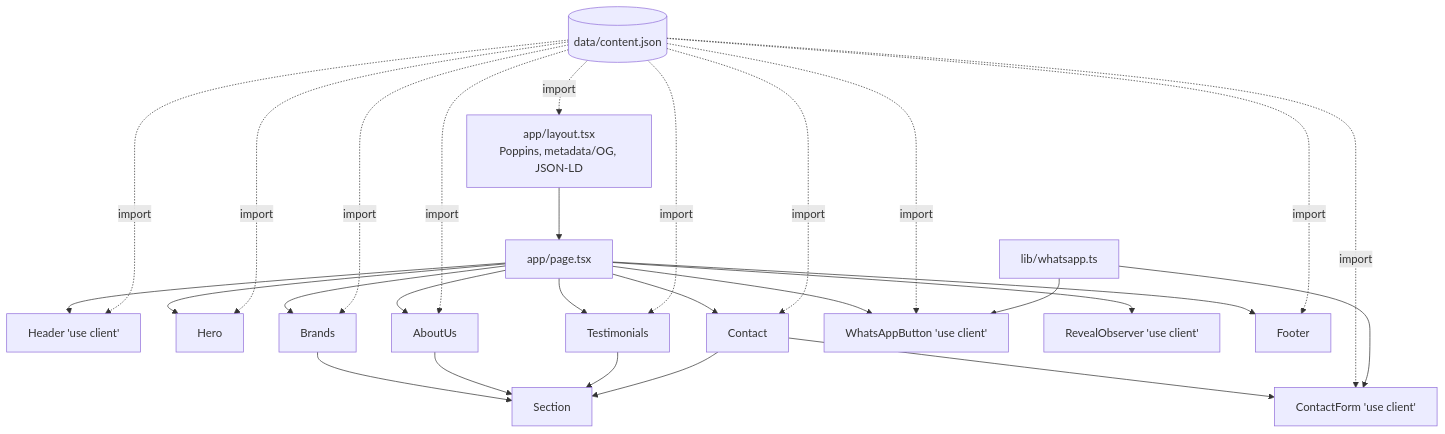
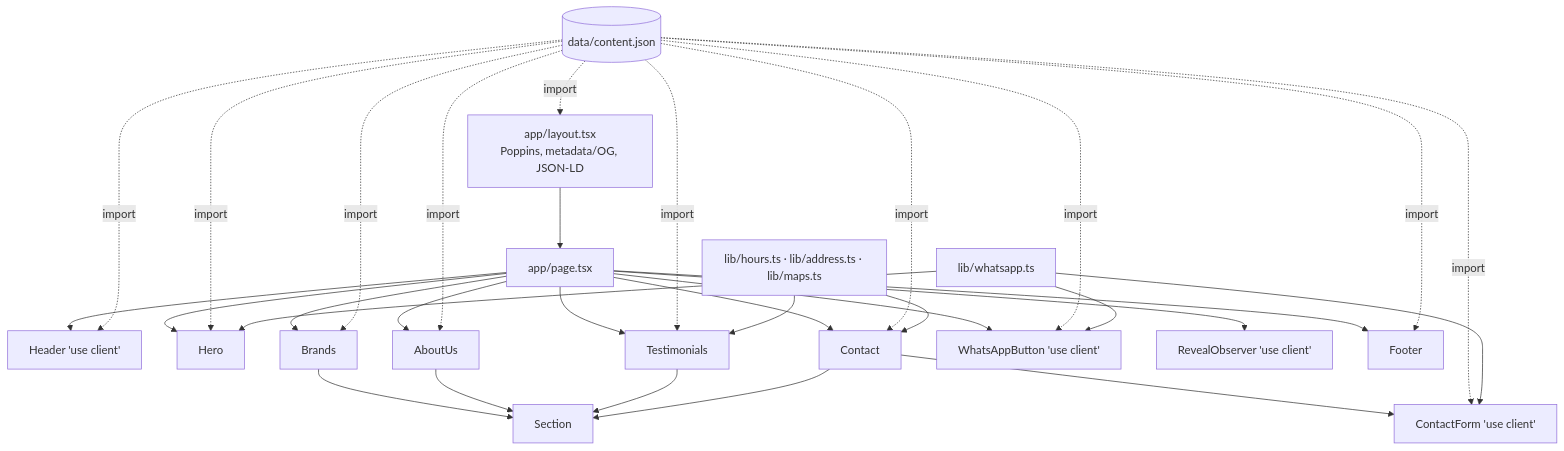
One commit to Lima08/Galmar changed the diagram in .specs/codebase/ARCHITECTURE.md. Above: the diagram before and after it, drawn with Mermaid. The commit also changed other lines of this file and 4 other files, not shown here.

Commit message:
docs(codebase): document content guards, maps and hours helpers

````diff
--- a/.specs/codebase/ARCHITECTURE.md
+++ b/.specs/codebase/ARCHITECTURE.md
@@ -7,17 +7,18 @@
 ```mermaid
 graph TD
   L[app/layout.tsx<br/>Poppins, metadata/OG, JSON-LD] --> P[app/page.tsx]
   P --> H[Header 'use client']
   P --> Hero
   P --> Brands
   P --> AboutUs
   P --> Testimonials
   P --> C[Contact]
   C --> CF[ContactForm 'use client']
   P --> W[WhatsAppButton 'use client']
   P --> R[RevealObserver 'use client']
   Brands & AboutUs & Testimonials & C --> S[Section]
   P --> F[Footer]
   JSON[(data/content.json)] -.import.-> L & H & Hero & Brands & AboutUs & Testimonials & C & CF & W & F
-  WA[lib/whatsapp.ts] --> CF & W
+  WA[lib/whatsapp.ts] --> CF & W & Hero
+  LIB[lib/hours.ts · lib/address.ts · lib/maps.ts] --> C & Testimonials
 ```
````
